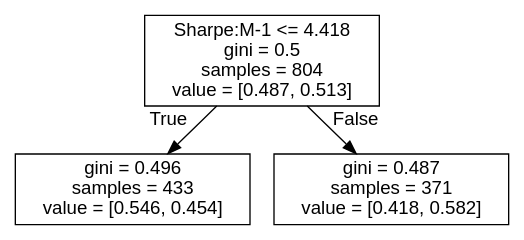
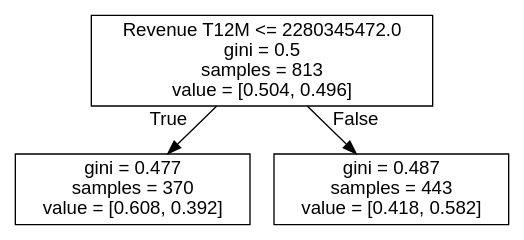
One commit to luca1308/Investigating_periods_of_increasing_interest_rates_for_the_S-P_1500 changed the diagram in trees/current_test_tree.dot. Above: the diagram before and after it, drawn with Graphviz. The commit also changed 106 other files, not shown here.

```diff
--- a/trees/current_test_tree.dot
+++ b/trees/current_test_tree.dot
@@ -1,9 +1,9 @@
 digraph Tree {
 node [shape=box, style="filled", color="black", fontname="helvetica"] ;
 edge [fontname="helvetica"] ;
-0 [label="Sharpe:M-1 <= 4.418\ngini = 0.5\nsamples = 804\nvalue = [0.487, 0.513]", fillcolor="#ffffff"] ;
-1 [label="gini = 0.496\nsamples = 433\nvalue = [0.546, 0.454]", fillcolor="#ffffff"] ;
+0 [label="Revenue T12M <= 2280345472.0\ngini = 0.5\nsamples = 813\nvalue = [0.504, 0.496]", fillcolor="#ffffff"] ;
+1 [label="gini = 0.477\nsamples = 370\nvalue = [0.608, 0.392]", fillcolor="#ffffff"] ;
 0 -> 1 [labeldistance=2.5, labelangle=45, headlabel="True"] ;
-2 [label="gini = 0.487\nsamples = 371\nvalue = [0.418, 0.582]", fillcolor="#ffffff"] ;
+2 [label="gini = 0.487\nsamples = 443\nvalue = [0.418, 0.582]", fillcolor="#ffffff"] ;
 0 -> 2 [labeldistance=2.5, labelangle=-45, headlabel="False"] ;
 }
```
